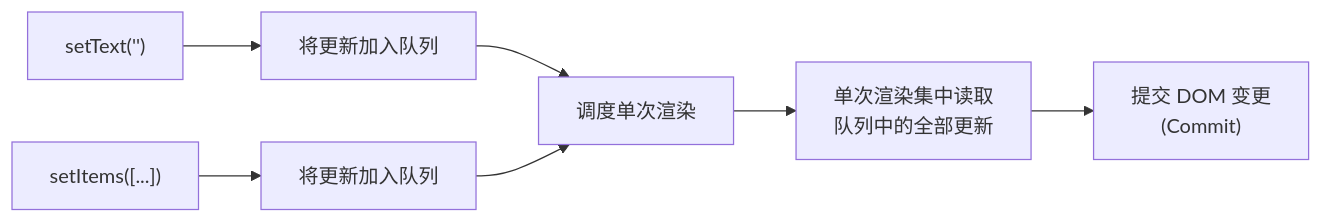
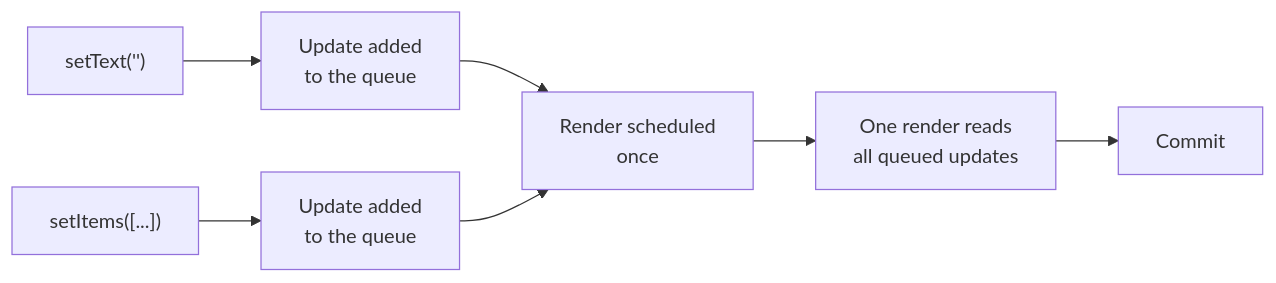
Before and after one commit to ZhaoTim/react-garden-zh: the first of 2 diagrams in content/react-concepts/04 State Updates - Snapshots and Batching.md, drawn with Mermaid. The commit also changed other lines of this file and 12 other files, not shown here.

Commit message:
fix: restore all Mermaid diagrams to original English technical terms

````diff
--- a/content/react-concepts/04 State Updates - Snapshots and Batching.md
+++ b/content/react-concepts/04 State Updates - Snapshots and Batching.md
@@ -55,9 +55,9 @@
 ```mermaid
 flowchart LR
-    A["setText('')"] --> Q["将更新加入队列"]
-    Q --> S["调度单次渲染"]
-    B["setItems([...])"] --> Q2["将更新加入队列"]
+    A["setText('')"] --> Q[Update added<br/>to the queue]
+    Q --> S[Render scheduled<br/>once]
+    B["setItems([...])"] --> Q2[Update added<br/>to the queue]
     Q2 --> S
-    S --> R["单次渲染集中读取<br/>队列中的全部更新"]
-    R --> C["提交 DOM 变更<br/>(Commit)"]
+    S --> R[One render reads<br/>all queued updates]
+    R --> C[Commit]
 ```
````
